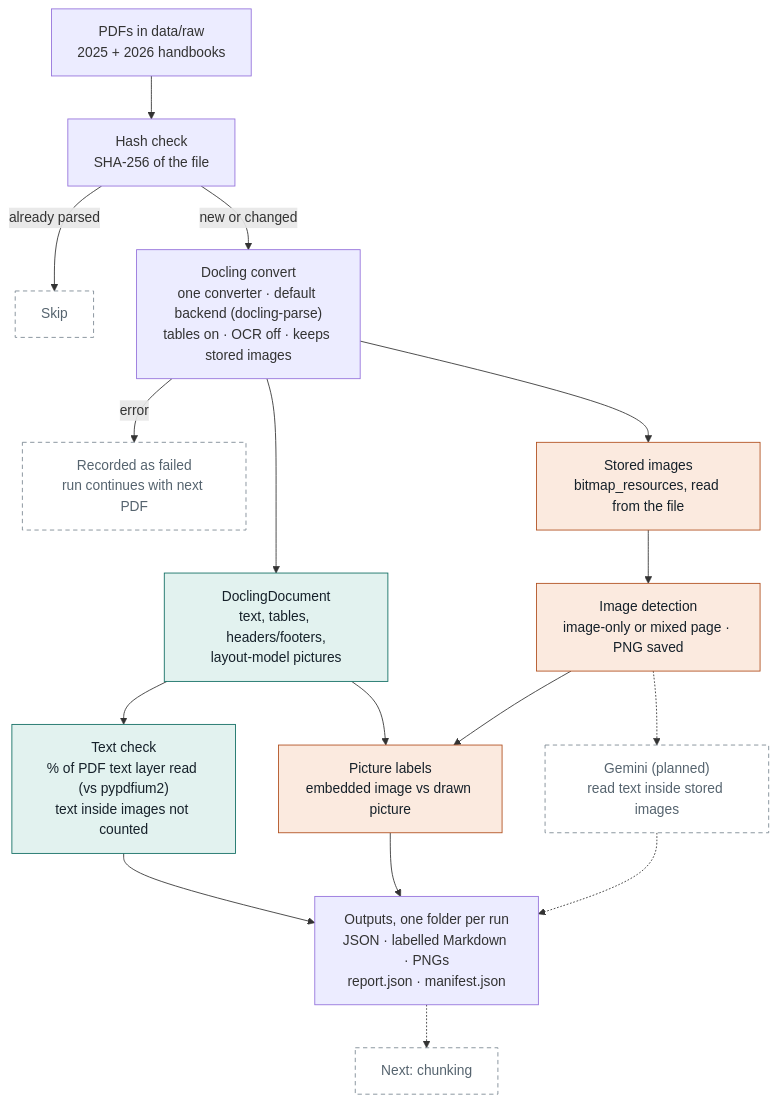
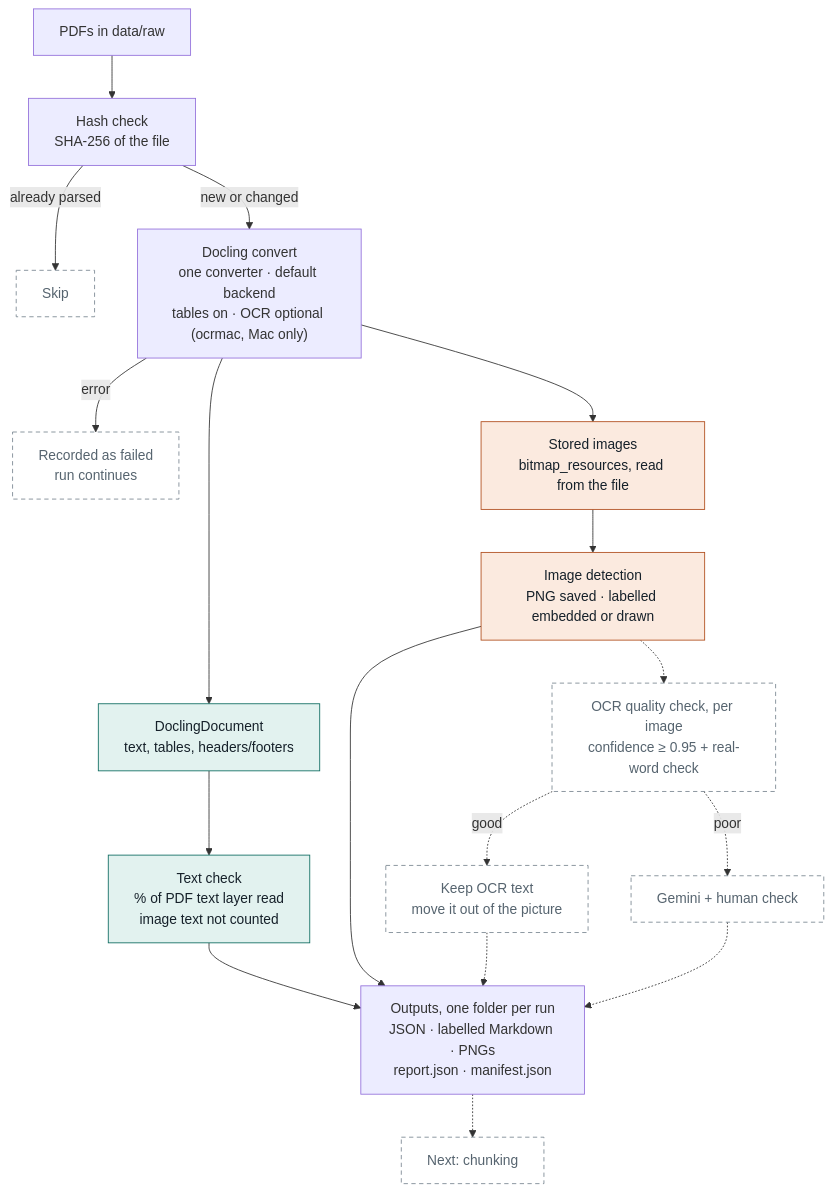
The diagram in README.md (GurungGaurab/rag-data-management), drawn with Mermaid before and after one commit. The commit also changed other lines of this file and 2 other files, not shown here.

Commit message:
Add OCR confidence findings and updated architecture

````diff
--- a/README.md
+++ b/README.md
@@ -70,28 +70,30 @@
 ```mermaid
 flowchart TD
-    A["PDFs in data/raw<br/>2025 + 2026 handbooks"] --> B["Hash check<br/>SHA-256 of the file"]
+    A["PDFs in data/raw"] --> B["Hash check<br/>SHA-256 of the file"]
     B -- "already parsed" --> S["Skip"]
-    B -- "new or changed" --> C["Docling convert<br/>one converter · default backend (docling-parse)<br/>tables on · OCR off · keeps stored images"]
-    C -- error --> X["Recorded as failed<br/>run continues with next PDF"]
+    B -- "new or changed" --> C["Docling convert<br/>one converter · default backend<br/>tables on · OCR optional (ocrmac, Mac only)"]
+    C -- error --> X["Recorded as failed<br/>run continues"]
 
-    C --> D["DoclingDocument<br/>text, tables, headers/footers,<br/>layout-model pictures"]
+    C --> D["DoclingDocument<br/>text, tables, headers/footers"]
     C --> E["Stored images<br/>bitmap_resources, read from the file"]
 
-    D --> F["Text check<br/>% of PDF text layer read (vs pypdfium2)<br/>text inside images not counted"]
-    E --> G["Image detection<br/>image-only or mixed page · PNG saved"]
-    D --> H["Picture labels<br/>embedded image vs drawn picture"]
-    G --> H
-    G -.-> I["Gemini (planned)<br/>read text inside stored images"]
+    D --> F["Text check<br/>% of PDF text layer read<br/>image text not counted"]
+    E --> G["Image detection<br/>PNG saved · labelled embedded or drawn"]
+
+    G -.-> Q["OCR quality check, per image<br/>confidence ≥ 0.95 + real-word check"]
+    Q -. good .-> K["Keep OCR text<br/>move it out of the picture"]
+    Q -. poor .-> I["Gemini + human check"]
 
     F --> O["Outputs, one folder per run<br/>JSON · labelled Markdown · PNGs<br/>report.json · manifest.json"]
-    H --> O
+    G --> O
+    K -.-> O
     I -.-> O
     O -.-> N["Next: chunking"]
 
     classDef text fill:#e2f2ef,stroke:#0e6c61,color:#16212a
     classDef img fill:#fbeadf,stroke:#b04e1d,color:#16212a
     classDef plan fill:#ffffff,stroke:#7b8892,stroke-dasharray:5 4,color:#56646f
     class D,F text
-    class E,G,H img
-    class I,N,S,X plan
+    class E,G img
+    class Q,K,I,N,S,X plan
 ```
````
